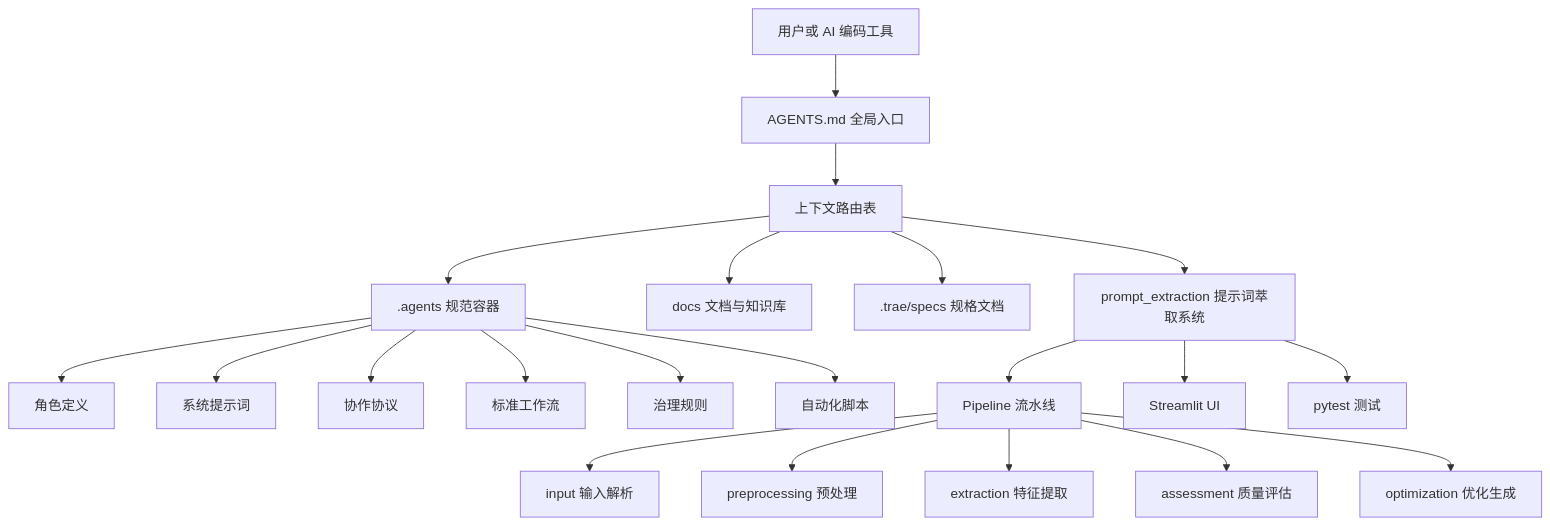
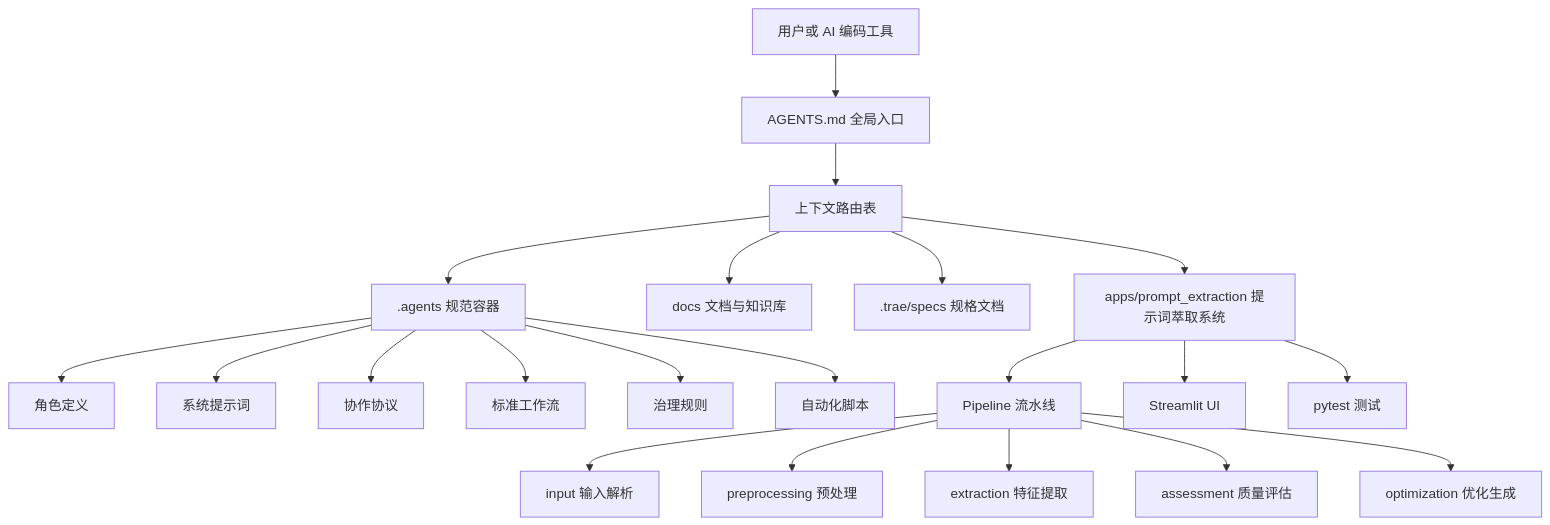
One commit to xinetzone/SpecWeave changed the first of 7 diagrams in .agents/docs/code-wiki/architecture.md. Above: the diagram before and after it, drawn with Mermaid. The commit also changed other lines of this file and 100 other files, not shown here.

````diff
--- a/.agents/docs/code-wiki/architecture.md
+++ b/.agents/docs/code-wiki/architecture.md
@@ -7,23 +7,23 @@
 ```mermaid
 flowchart TB
     User["用户或 AI 编码工具"] --> Entry["AGENTS.md 全局入口"]
     Entry --> Router["上下文路由表"]
     Router --> Agents[".agents 规范容器"]
     Router --> Docs["docs 文档与知识库"]
     Router --> Specs[".trae/specs 规格文档"]
-    Router --> Prompt["prompt_extraction 提示词萃取系统"]
+    Router --> Prompt["apps/prompt_extraction 提示词萃取系统"]
     Agents --> Roles["角色定义"]
     Agents --> Prompts["系统提示词"]
     Agents --> Protocols["协作协议"]
     Agents --> Workflows["标准工作流"]
     Agents --> Rules["治理规则"]
     Agents --> Scripts["自动化脚本"]
     Prompt --> Pipeline["Pipeline 流水线"]
     Pipeline --> Input["input 输入解析"]
     Pipeline --> Pre["preprocessing 预处理"]
     Pipeline --> Extract["extraction 特征提取"]
     Pipeline --> Assess["assessment 质量评估"]
     Pipeline --> Optimize["optimization 优化生成"]
     Prompt --> UI["Streamlit UI"]
     Prompt --> Tests["pytest 测试"]
 ```
````
